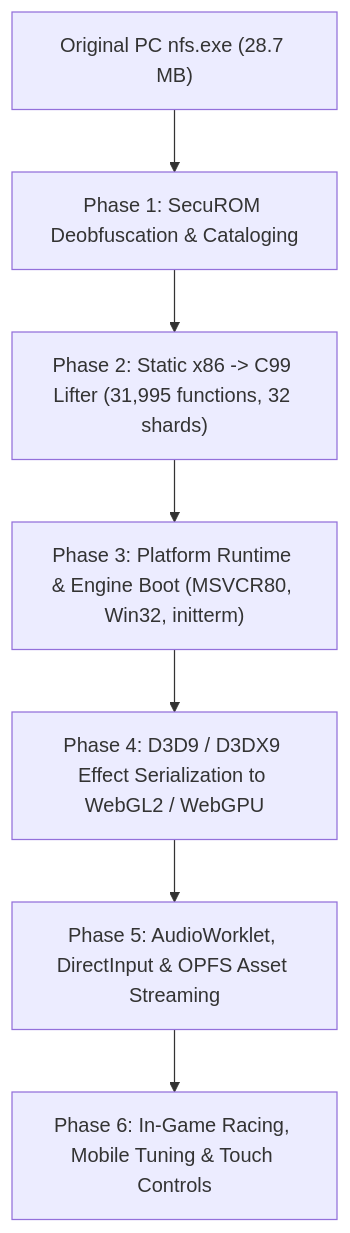
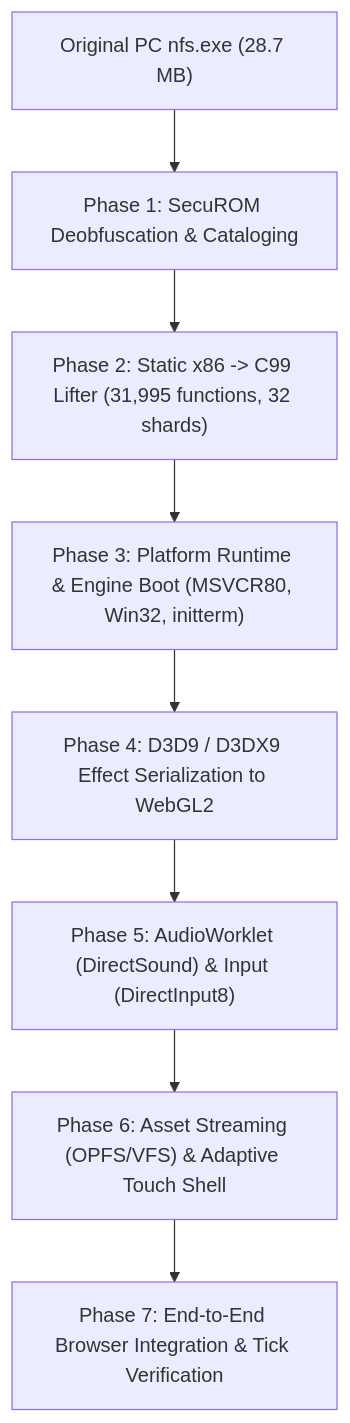
Before and after one commit to OtariTB/PortSpeed: the diagram in README.md, drawn with Mermaid. The commit also changed other lines of this file, not shown here.

Commit message:
docs: update README with latest architectural roadmap and milestone status

````diff
--- a/README.md
+++ b/README.md
@@ -20,9 +20,10 @@
 ```mermaid
 graph TD
     A["Original PC nfs.exe (28.7 MB)"] --> B["Phase 1: SecuROM Deobfuscation & Cataloging"]
     B --> C["Phase 2: Static x86 -> C99 Lifter (31,995 functions, 32 shards)"]
     C --> D["Phase 3: Platform Runtime & Engine Boot (MSVCR80, Win32, initterm)"]
-    D --> E["Phase 4: D3D9 / D3DX9 Effect Serialization to WebGL2 / WebGPU"]
-    E --> F["Phase 5: AudioWorklet, DirectInput & OPFS Asset Streaming"]
-    F --> G["Phase 6: In-Game Racing, Mobile Tuning & Touch Controls"]
+    D --> E["Phase 4: D3D9 / D3DX9 Effect Serialization to WebGL2"]
+    E --> F["Phase 5: AudioWorklet (DirectSound) & Input (DirectInput8)"]
+    F --> G["Phase 6: Asset Streaming (OPFS/VFS) & Adaptive Touch Shell"]
+    G --> H["Phase 7: End-to-End Browser Integration & Tick Verification"]
 ```
````
